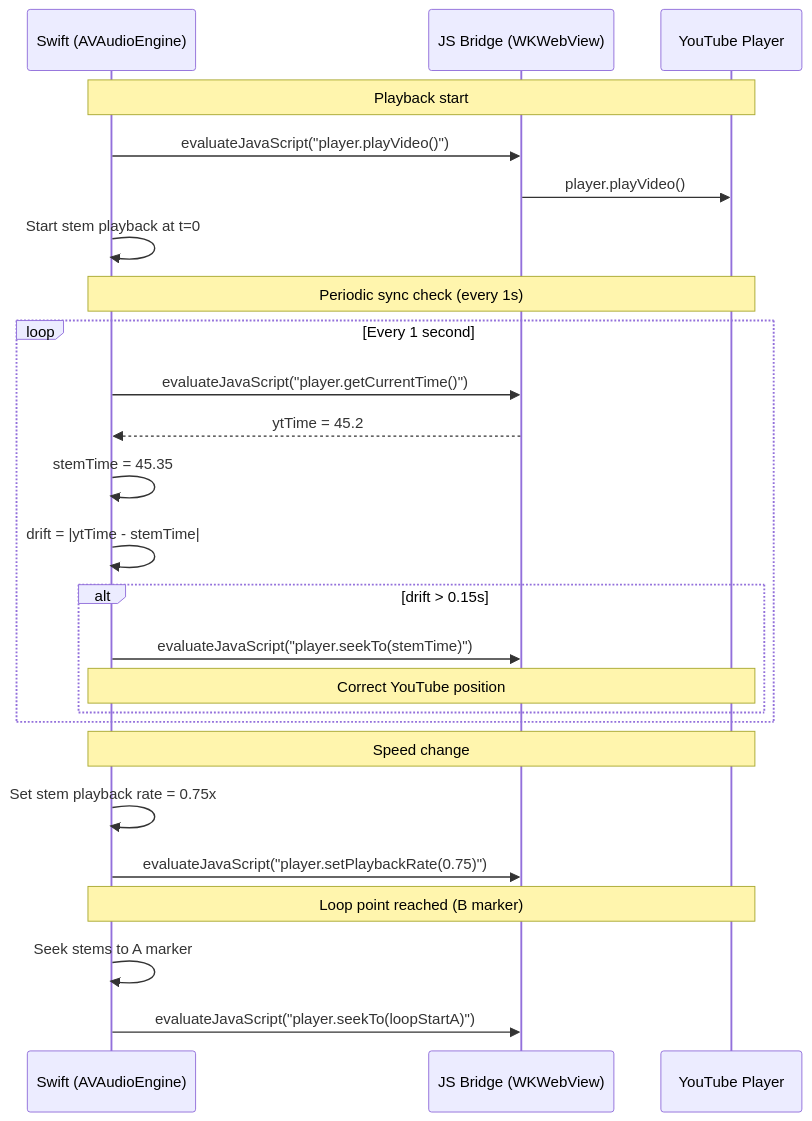
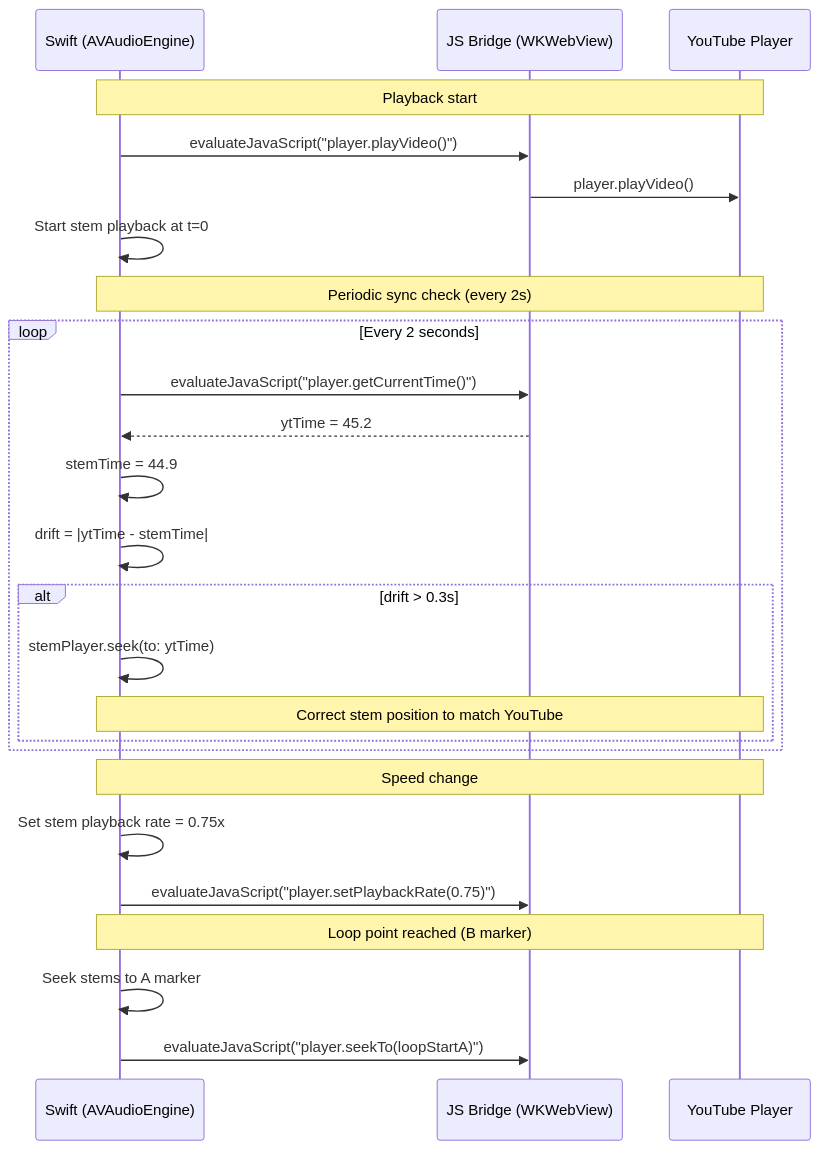
One commit to pawelgawliczek/intonavio changed the third of 3 diagrams in docs/07-youtube-looping.md. Above: the diagram before and after it, drawn with Mermaid. The commit also changed other lines of this file and 76 other files, not shown here.

First line of the commit message:
Implement iOS app with auth, YouTube playback, stem audio, and A-B looping

````diff
--- a/docs/07-youtube-looping.md
+++ b/docs/07-youtube-looping.md
@@ -84,31 +81,31 @@
 ```mermaid
 sequenceDiagram
     participant Swift as Swift (AVAudioEngine)
     participant Bridge as JS Bridge (WKWebView)
     participant YT as YouTube Player
 
     Note over Swift,YT: Playback start
     Swift->>Bridge: evaluateJavaScript("player.playVideo()")
     Bridge->>YT: player.playVideo()
     Swift->>Swift: Start stem playback at t=0
 
-    Note over Swift,YT: Periodic sync check (every 1s)
-    loop Every 1 second
+    Note over Swift,YT: Periodic sync check (every 2s)
+    loop Every 2 seconds
         Swift->>Bridge: evaluateJavaScript("player.getCurrentTime()")
         Bridge-->>Swift: ytTime = 45.2
-        Swift->>Swift: stemTime = 45.35
+        Swift->>Swift: stemTime = 44.9
         Swift->>Swift: drift = |ytTime - stemTime|
-        alt drift > 0.15s
-            Swift->>Bridge: evaluateJavaScript("player.seekTo(stemTime)")
-            Note over Swift,YT: Correct YouTube position
+        alt drift > 0.3s
+            Swift->>Swift: stemPlayer.seek(to: ytTime)
+            Note over Swift,YT: Correct stem position to match YouTube
         end
     end
 
     Note over Swift,YT: Speed change
     Swift->>Swift: Set stem playback rate = 0.75x
     Swift->>Bridge: evaluateJavaScript("player.setPlaybackRate(0.75)")
 
     Note over Swift,YT: Loop point reached (B marker)
     Swift->>Swift: Seek stems to A marker
     Swift->>Bridge: evaluateJavaScript("player.seekTo(loopStartA)")
 ```
````
